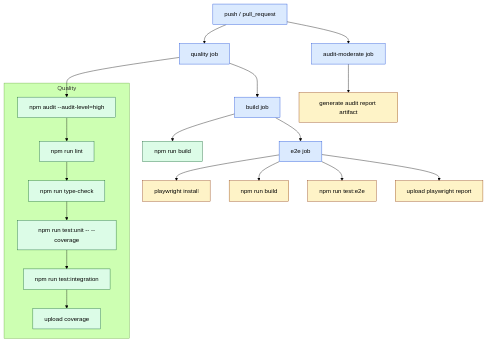
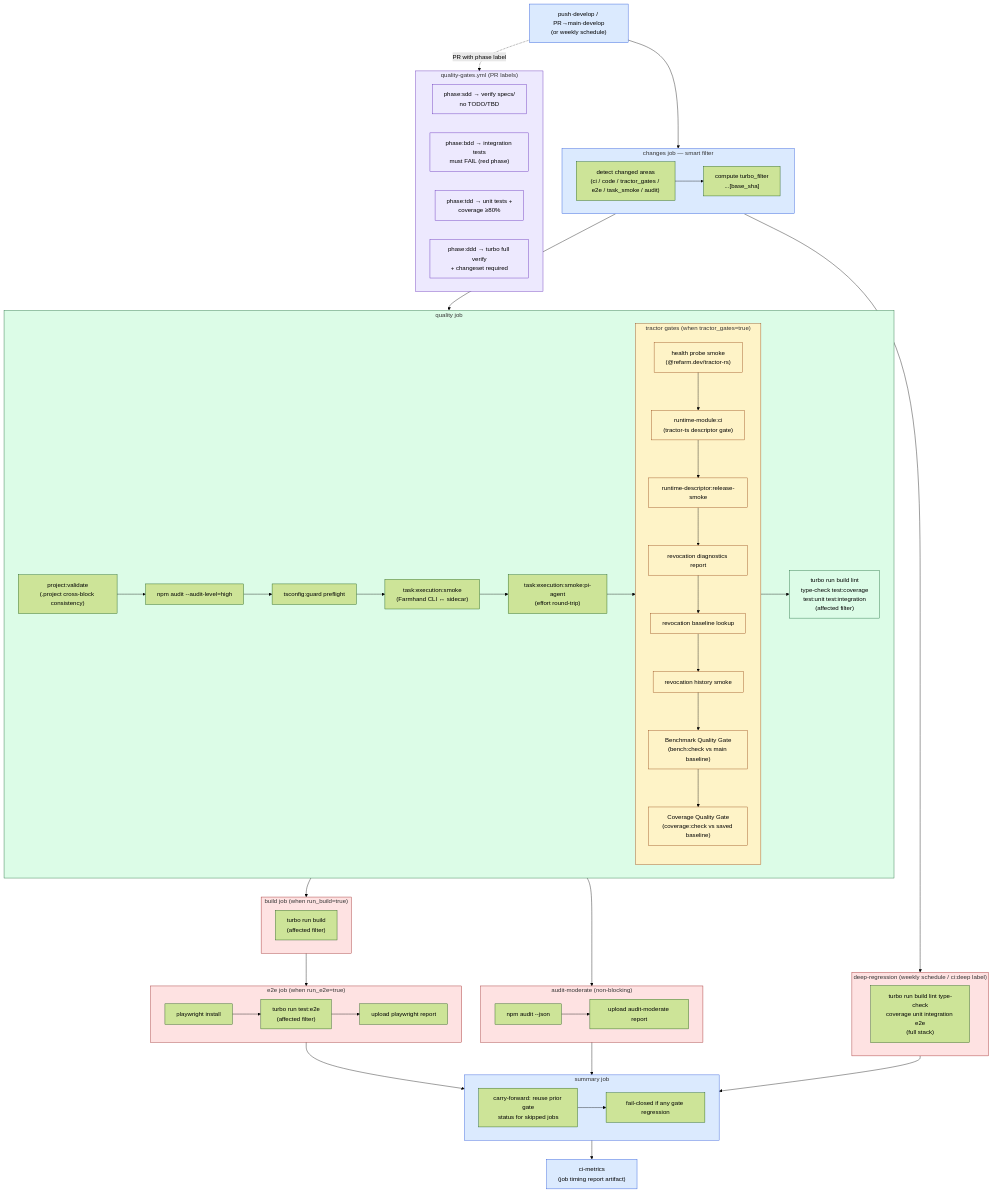
The diagram in specs/diagrams/ci-pipeline.mermaid (aretw0/refarm), drawn with Mermaid (forest theme) before and after one commit. The commit also changed 26 other files, not shown here.

First line of the commit message:
docs(diagrams): sync all diagrams with current architecture state

```diff
--- a/specs/diagrams/ci-pipeline.mermaid
+++ b/specs/diagrams/ci-pipeline.mermaid
@@ -1,33 +1,95 @@
 flowchart TD
-  TR[push / pull_request] --> Q[quality job]
+  Trigger["push·develop / PR→main·develop\n(or weekly schedule)"] --> Changes
 
-  subgraph Quality
-    Q1[npm audit --audit-level=high]
-    Q2[npm run lint]
-    Q3[npm run type-check]
-    Q4[npm run test:unit -- --coverage]
-    Q5[npm run test:integration]
-    Q6[upload coverage]
+  subgraph Changes["changes job — smart filter"]
+    C1["detect changed areas\n(ci / code / tractor_gates / e2e / task_smoke / audit)"]
+    C2["compute turbo_filter\n...[base_sha]"]
+    C1 --> C2
   end
 
-  Q --> Q1 --> Q2 --> Q3 --> Q4 --> Q5 --> Q6
+  Changes --> Quality
 
-  Q --> B[build job]
-  B --> B1[npm run build]
+  subgraph Quality["quality job"]
+    Q0["project:validate\n(.project cross-block consistency)"]
+    Q1["npm audit --audit-level=high"]
+    Q2["tsconfig:guard preflight"]
+    Q3["task:execution:smoke\n(Farmhand CLI ↔ sidecar)"]
+    Q4["task:execution:smoke:pi-agent\n(effort round-trip)"]
+    Q0 --> Q1 --> Q2
 
-  B --> E[e2e job]
-  E --> E1[playwright install]
-  E --> E2[npm run build]
-  E --> E3[npm run test:e2e]
-  E --> E4[upload playwright report]
+    subgraph TractorGates["tractor gates  (when tractor_gates=true)"]
+      TG1["health probe smoke\n(@refarm.dev/tractor-rs)"]
+      TG2["runtime-module:ci\n(tractor-ts descriptor gate)"]
+      TG3["runtime-descriptor:release-smoke"]
+      TG4["revocation diagnostics report"]
+      TG5["revocation baseline lookup"]
+      TG6["revocation history smoke"]
+      TG7["Benchmark Quality Gate\n(bench:check vs main baseline)"]
+      TG8["Coverage Quality Gate\n(coverage:check vs saved baseline)"]
+      TG1 --> TG2 --> TG3 --> TG4 --> TG5 --> TG6 --> TG7 --> TG8
+    end
 
-  TR --> A[audit-moderate job]
-  A --> A1[generate audit report artifact]
+    Q2 --> Q3 --> Q4 --> TractorGates
+    TractorGates --> QVerify["turbo run build lint\ntype-check test:coverage\ntest:unit test:integration\n(affected filter)"]
+  end
+
+  Quality --> Build
+  Quality --> AuditModerate
+
+  subgraph Build["build job  (when run_build=true)"]
+    B1["turbo run build\n(affected filter)"]
+  end
+
+  Build --> E2E
+
+  subgraph E2E["e2e job  (when run_e2e=true)"]
+    E1["playwright install"]
+    E2["turbo run test:e2e\n(affected filter)"]
+    E3["upload playwright report"]
+    E1 --> E2 --> E3
+  end
+
+  subgraph AuditModerate["audit-moderate  (non-blocking)"]
+    A1["npm audit --json"]
+    A2["upload audit-moderate report"]
+    A1 --> A2
+  end
+
+  subgraph DeepRegression["deep-regression  (weekly schedule / ci:deep label)"]
+    DR["turbo run build lint type-check\ncoverage unit integration e2e\n(full stack)"]
+  end
+
+  Changes --> DeepRegression
+
+  E2E --> Summary
+  AuditModerate --> Summary
+  DeepRegression --> Summary
+
+  subgraph Summary["summary job"]
+    S1["carry-forward: reuse prior gate\nstatus for skipped jobs"]
+    S2["fail-closed if any gate regression"]
+    S1 --> S2
+  end
+
+  Summary --> Metrics["ci-metrics\n(job timing report artifact)"]
+
+  subgraph QualityGates["quality-gates.yml  (PR labels)"]
+    SDD["phase:sdd → verify specs/\nno TODO/TBD"]
+    BDD["phase:bdd → integration tests\nmust FAIL (red phase)"]
+    TDD["phase:tdd → unit tests +\ncoverage ≥80%"]
+    DDD["phase:ddd → turbo full verify\n+ changeset required"]
+  end
+
+  Trigger -.->|"PR with phase label"| QualityGates
 
   classDef gate fill:#dbeafe,stroke:#1d4ed8,stroke-width:1px;
-  classDef q fill:#dcfce7,stroke:#166534,stroke-width:1px;
-  classDef e fill:#fef3c7,stroke:#92400e,stroke-width:1px;
+  classDef quality fill:#dcfce7,stroke:#166534,stroke-width:1px;
+  classDef tractor fill:#fef3c7,stroke:#92400e,stroke-width:1px;
+  classDef infra fill:#fee2e2,stroke:#991b1b,stroke-width:1px;
+  classDef phase fill:#ede9fe,stroke:#5b21b6,stroke-width:1px;
 
-  class TR,Q,B,E,A gate;
-  class Q1,Q2,Q3,Q4,Q5,Q6,B1 q;
-  class E1,E2,E3,E4,A1 e;
+  class Trigger,Changes,Summary,Metrics gate;
+  class Quality,QVerify quality;
+  class TractorGates,TG1,TG2,TG3,TG4,TG5,TG6,TG7,TG8 tractor;
+  class Build,E2E,AuditModerate,DeepRegression infra;
+  class QualityGates,SDD,BDD,TDD,DDD phase;
```
